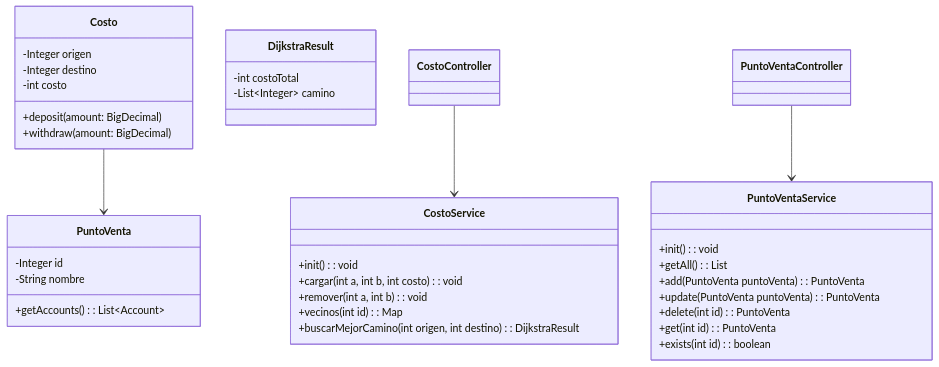
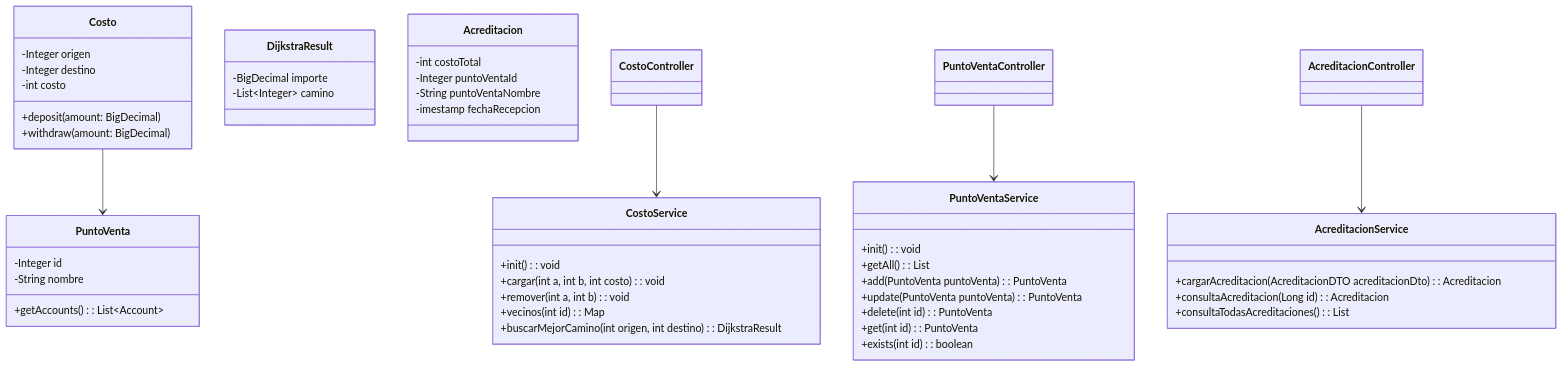
Before and after one commit to FerFormento/challenge: the diagram in docs/diagramas/class-diagram.mmd, drawn with Mermaid. The commit also changed 17 other files, not shown here.

```diff
--- a/docs/diagramas/class-diagram.mmd
+++ b/docs/diagramas/class-diagram.mmd
@@ -1,49 +1,64 @@
 classDiagram
     %% Entidades principales
     class PuntoVenta {
         -Integer id
         -String nombre
         +getAccounts(): List~Account~
     }
 
     class Costo {
         -Integer origen
         -Integer destino
         -int costo
         +deposit(amount: BigDecimal)
         +withdraw(amount: BigDecimal)
     }
 
     class DijkstraResult {
+        -BigDecimal importe
+        -List~Integer~ camino
+    }
+
+    class Acreditacion {
         -int costoTotal
-        -List~Integer~ camino
+        -Integer puntoVentaId
+        -String puntoVentaNombre
+        -imestamp fechaRecepcion
     }
 
     %% Servicios
     class CostoService {
         +init(): void
 		+cargar(int a, int b, int costo): void
 		+remover(int a, int b): void
 		+vecinos(int id): Map<Integer, Integer>
 		+buscarMejorCamino(int origen, int destino): DijkstraResult
     }
 
     class PuntoVentaService {
         +init(): void
 		+getAll(): List<PuntoVenta>
 		+add(PuntoVenta puntoVenta): PuntoVenta
 		+update(PuntoVenta puntoVenta): PuntoVenta
 		+delete(int id): PuntoVenta
 		+get(int id): PuntoVenta
 		+exists(int id): boolean
     }
 
+    class AcreditacionService {
+        +cargarAcreditacion(AcreditacionDTO acreditacionDto): Acreditacion
+		+consultaAcreditacion(Long id): Acreditacion
+		+consultaTodasAcreditaciones(): List<Acreditacion>
+    }
+
     %% Controladores
     class CostoController
     class PuntoVentaController
+    class AcreditacionController
 
     %% Relaciones
     Costo --> PuntoVenta
 
     CostoController --> CostoService
     PuntoVentaController --> PuntoVentaService
+    AcreditacionController --> AcreditacionService
```
